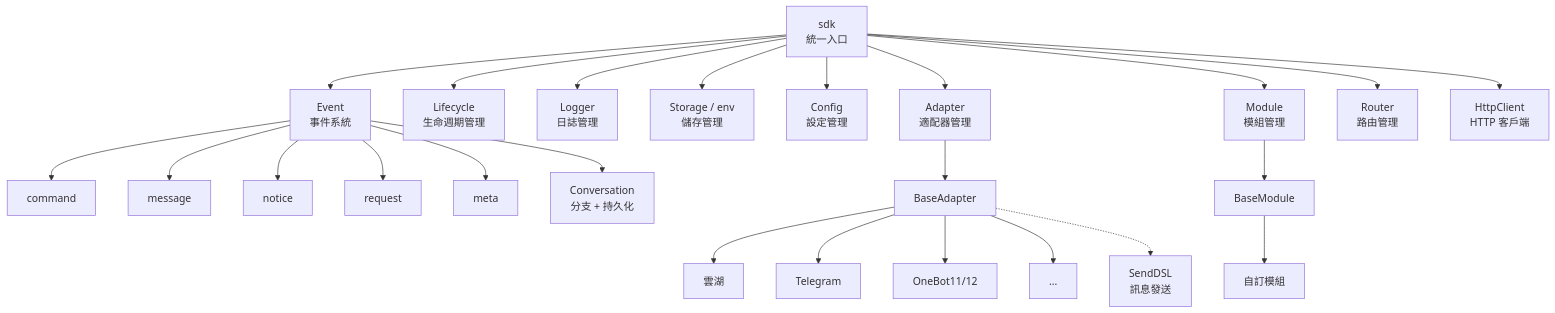
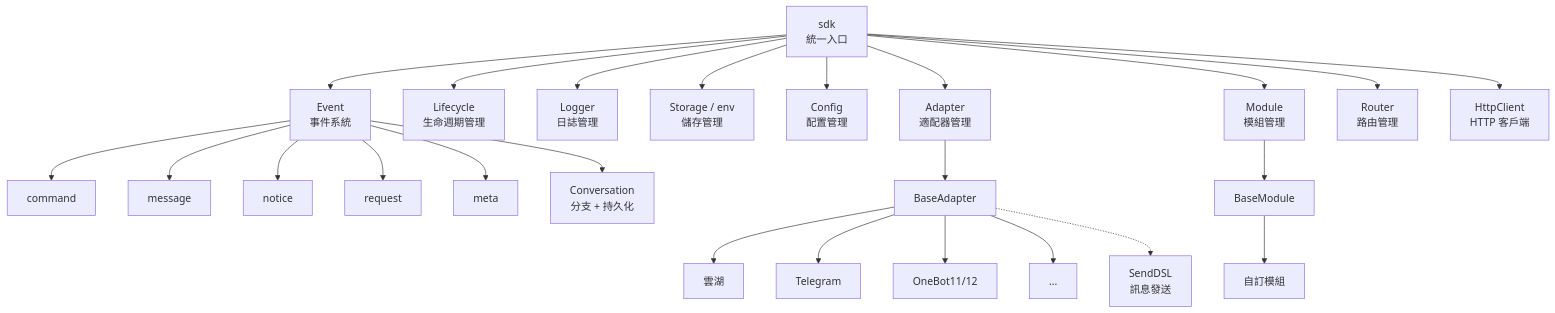
The first of 6 diagrams in docs/zh-TW/architecture.md (ErisPulse/ErisPulse), drawn with Mermaid before and after one commit. The commit also changed other lines of this file and 251 other files, not shown here.

````diff
--- a/docs/zh-TW/architecture.md
+++ b/docs/zh-TW/architecture.md
@@ -9,31 +13,31 @@
 ```mermaid
 graph TB
     SDK["sdk<br/>統一入口"]
 
     SDK --> Event["Event<br/>事件系統"]
     SDK --> Lifecycle["Lifecycle<br/>生命週期管理"]
     SDK --> Logger["Logger<br/>日誌管理"]
     SDK --> Storage["Storage / env<br/>儲存管理"]
-    SDK --> Config["Config<br/>設定管理"]
+    SDK --> Config["Config<br/>配置管理"]
     SDK --> AdapterMgr["Adapter<br/>適配器管理"]
     SDK --> ModuleMgr["Module<br/>模組管理"]
     SDK --> Router["Router<br/>路由管理"]
     SDK --> Client["HttpClient<br/>HTTP 客戶端"]
     Event --> Command["command"]
     Event --> Message["message"]
     Event --> Notice["notice"]
     Event --> Request["request"]
     Event --> Meta["meta"]
     Event --> Conversation["Conversation<br/>分支 + 持久化"]
 
     AdapterMgr --> BaseAdapter["BaseAdapter"]
     BaseAdapter --> P1["雲湖"]
     BaseAdapter --> P2["Telegram"]
     BaseAdapter --> P3["OneBot11/12"]
     BaseAdapter --> PN["..."]
 
     ModuleMgr --> BaseModule["BaseModule"]
     BaseModule --> CM["自訂模組"]
 
     BaseAdapter -.-> SendDSL["SendDSL<br/>訊息發送"]
 ```
````
